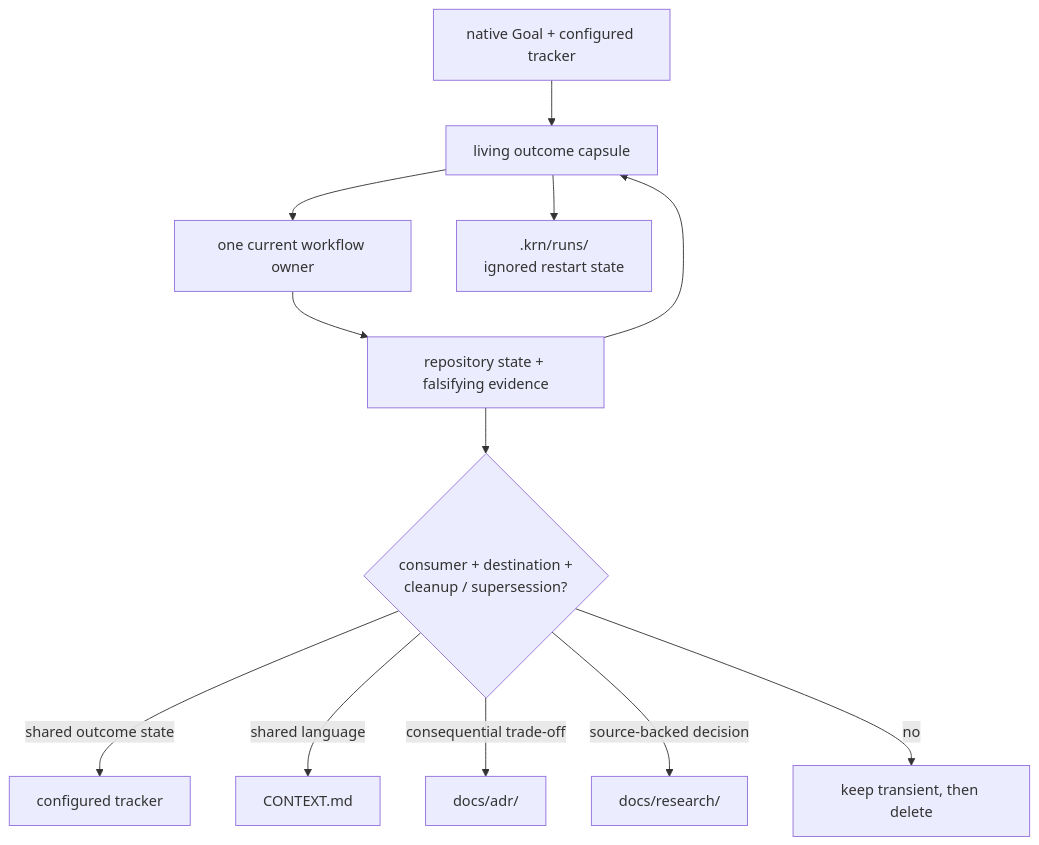
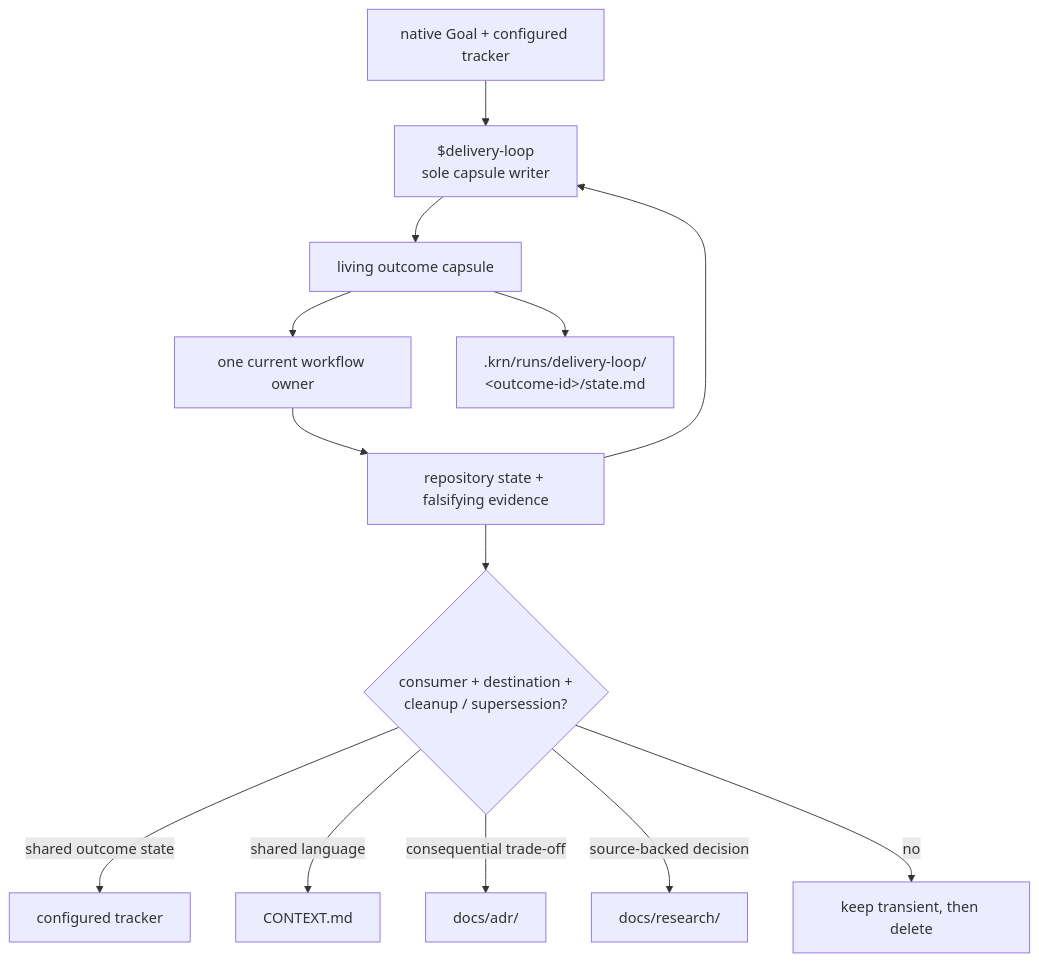
One commit to korneliuszburian/krn-codex-skills changed the second of 2 diagrams in README.md. Above: the diagram before and after it, drawn with Mermaid. The commit also changed other lines of this file and 10 other files, not shown here.

````diff
--- a/README.md
+++ b/README.md
@@ -52,14 +52,15 @@
 ```mermaid
 flowchart TD
-  GOAL["native Goal + configured tracker"] --> CAPSULE["living outcome capsule"]
+  GOAL["native Goal + configured tracker"] --> LOOP["$delivery-loop<br/>sole capsule writer"]
+  LOOP --> CAPSULE["living outcome capsule"]
   CAPSULE --> OWNER["one current workflow owner"]
   OWNER --> EVIDENCE["repository state + falsifying evidence"]
-  EVIDENCE --> CAPSULE
-  CAPSULE --> RUNS[".krn/runs/<br/>ignored restart state"]
+  EVIDENCE --> LOOP
+  CAPSULE --> RUNS[".krn/runs/delivery-loop/<br/>&lt;outcome-id&gt;/state.md"]
   EVIDENCE --> GATE{"consumer + destination +<br/>cleanup / supersession?"}
   GATE -->|shared outcome state| TRACKER["configured tracker"]
   GATE -->|shared language| CONTEXT["CONTEXT.md"]
   GATE -->|consequential trade-off| ADR["docs/adr/"]
   GATE -->|source-backed decision| RESEARCH["docs/research/"]
   GATE -->|no| DELETE["keep transient, then delete"]
 ```
````
